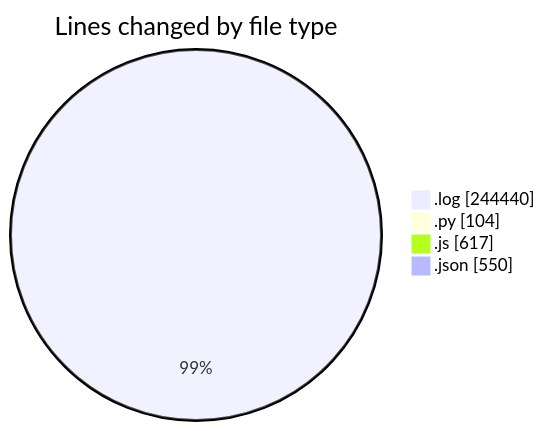
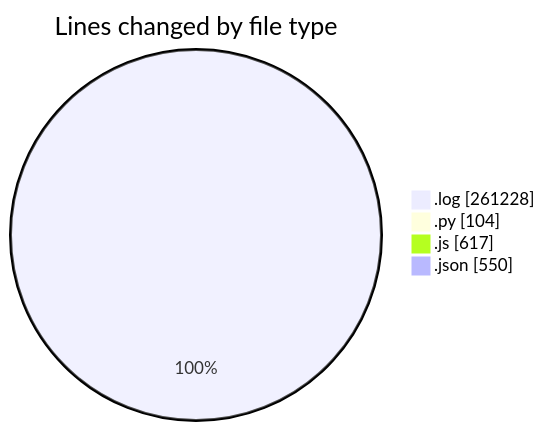
Before and after one commit to nxtqubesakshisongat/code-tracking: the first of 2 diagrams in 2025-04-10/nxtqube_webapp/README.md, drawn with Mermaid. The commit also changed other lines of this file and 1 other file, not shown here.

````diff
--- a/2025-04-10/nxtqube_webapp/README.md
+++ b/2025-04-10/nxtqube_webapp/README.md
@@ -23,8 +23,8 @@
 ```mermaid
 pie showData
 title Lines changed by file type
-".log" : 244440
+".log" : 261228
 ".py" : 104
 ".js" : 617
 ".json" : 550
 ```
````
